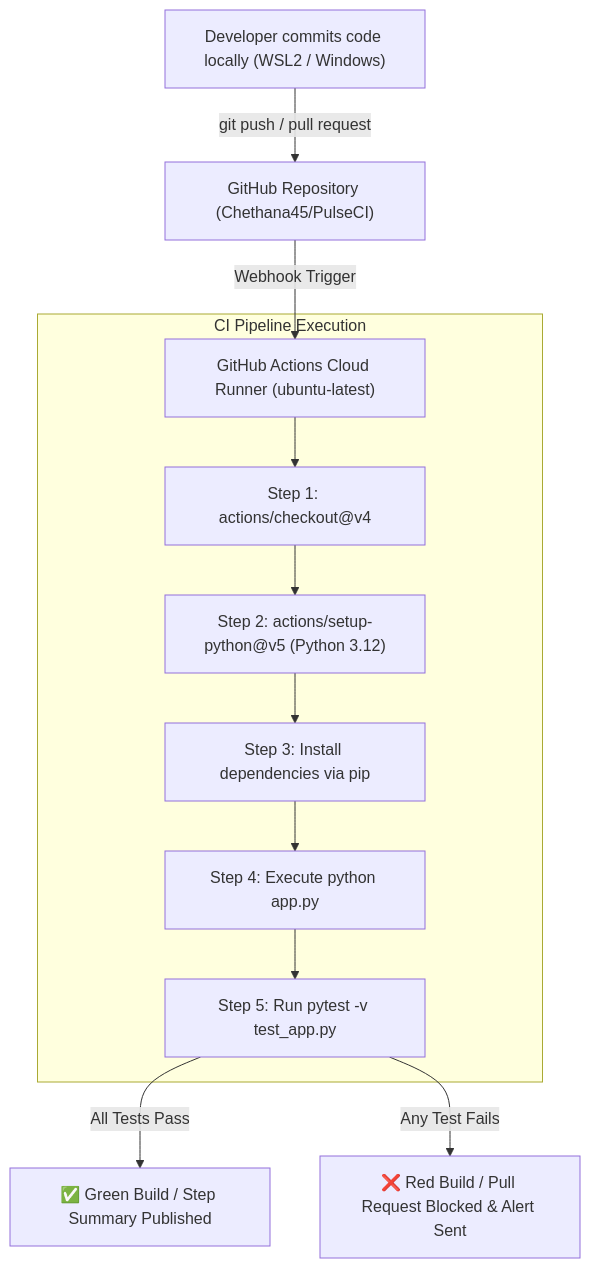
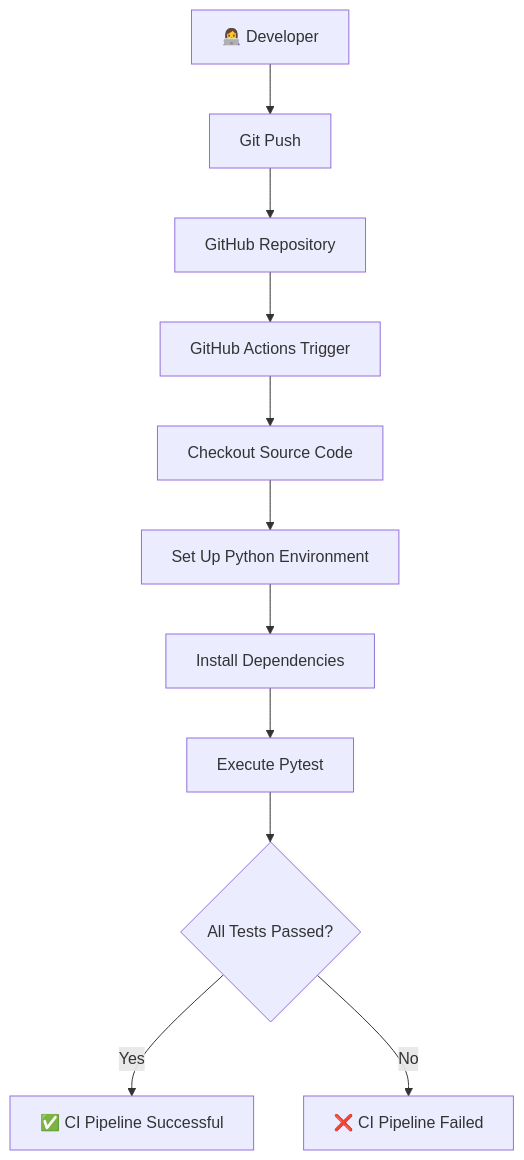
Before and after one commit to Chethana45/PulseCI-Automated-CI-Pipeline: the diagram in README.md, drawn with Mermaid. The commit also changed other lines of this file, not shown here.

````diff
--- a/README.md
+++ b/README.md
@@ -70,16 +66,13 @@
 ```mermaid
 flowchart TD
-    A["Developer commits code locally (WSL2 / Windows)"] -->|git push / pull request| B["GitHub Repository (Chethana45/PulseCI)"]
-    B -->|Webhook Trigger| C["GitHub Actions Cloud Runner (ubuntu-latest)"]
-    
-    subgraph CI Pipeline Execution
-        C --> D["Step 1: actions/checkout@v4"]
-        D --> E["Step 2: actions/setup-python@v5 (Python 3.12)"]
-        E --> F["Step 3: Install dependencies via pip"]
-        F --> G["Step 4: Execute python app.py"]
-        G --> H["Step 5: Run pytest -v test_app.py"]
-    end
-    
-    H -->|All Tests Pass| I["✅ Green Build / Step Summary Published"]
-    H -->|Any Test Fails| J["❌ Red Build / Pull Request Blocked & Alert Sent"]
+    A["👩‍💻 Developer"] --> B["Git Push"]
+    B --> C["GitHub Repository"]
+    C --> D["GitHub Actions Trigger"]
+    D --> E["Checkout Source Code"]
+    E --> F["Set Up Python Environment"]
+    F --> G["Install Dependencies"]
+    G --> H["Execute Pytest"]
+    H --> I{"All Tests Passed?"}
+    I -->|Yes| J["✅ CI Pipeline Successful"]
+    I -->|No| K["❌ CI Pipeline Failed"]
 ```
````
